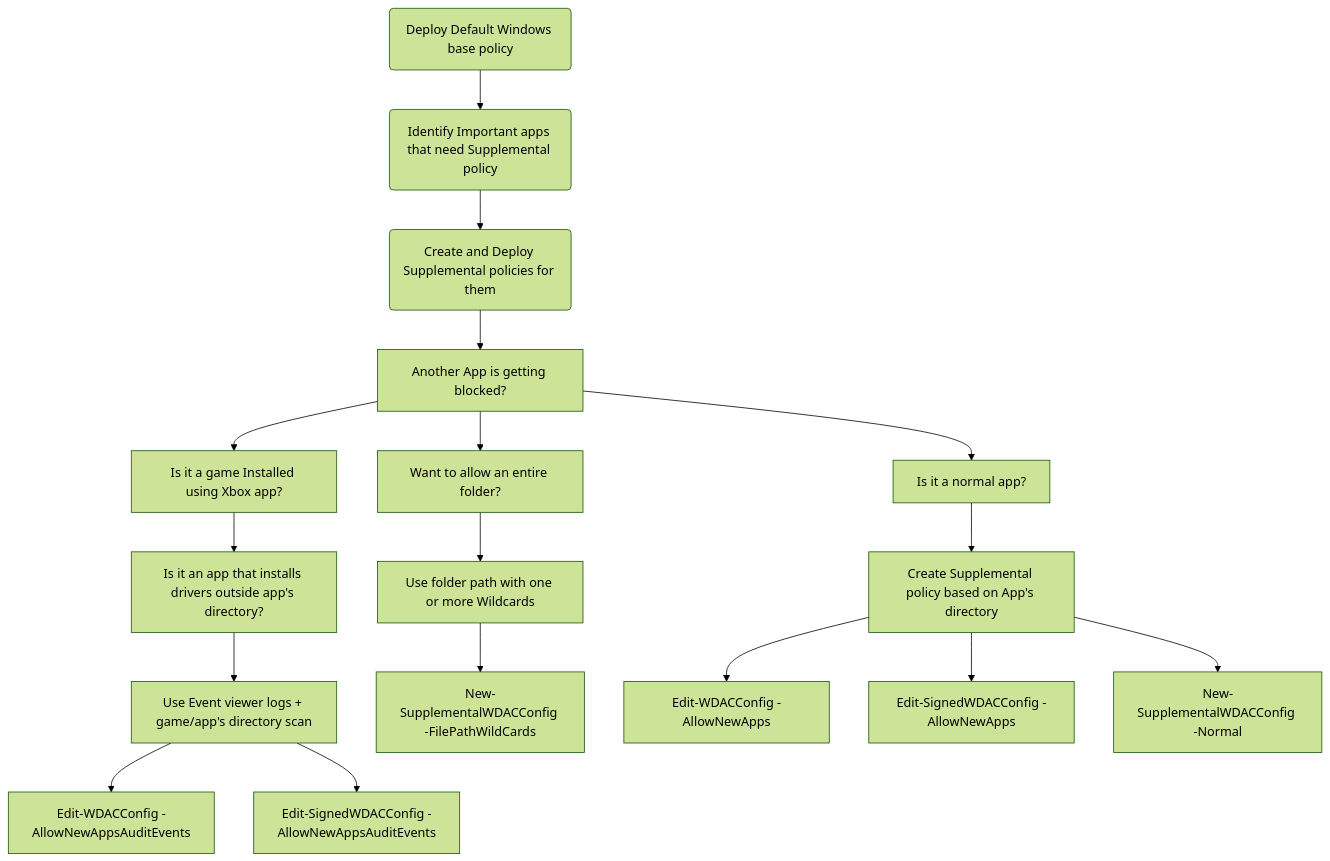
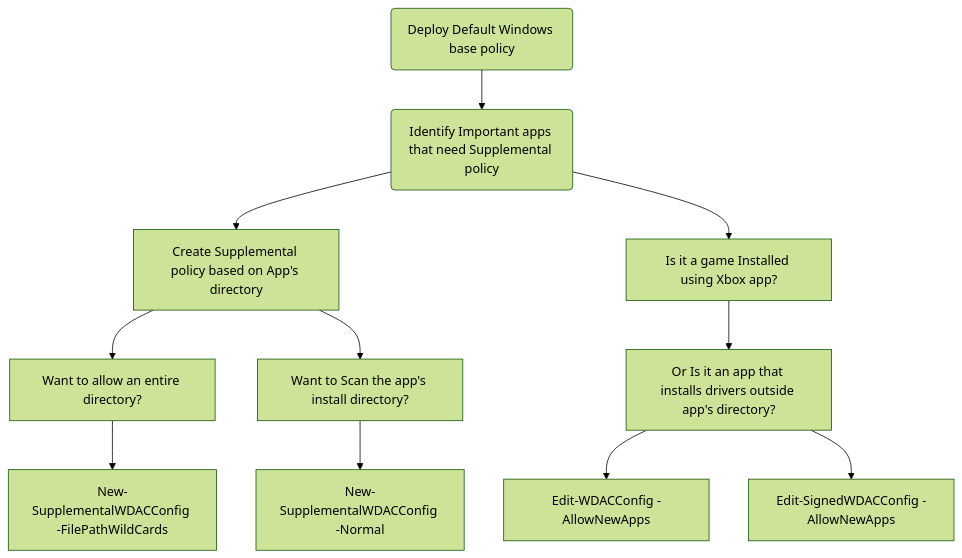
Before and after one commit to HotCakeX/Harden-Windows-Security: the diagram in Wiki posts/Windows Defender Application Control (WDAC)/WDAC for Fully managed device - Variant 2.md, drawn with Mermaid (forest theme). The commit also changed other lines of this file, not shown here.

````diff
--- a/Wiki posts/Windows Defender Application Control (WDAC)/WDAC for Fully managed device - Variant 2.md
+++ b/Wiki posts/Windows Defender Application Control (WDAC)/WDAC for Fully managed device - Variant 2.md
@@ -13,19 +13,13 @@
 ```mermaid
 flowchart TD
     A(Deploy Default Windows base policy) -->B(Identify Important apps that need Supplemental policy)
-    B --> C(Create and Deploy Supplemental policies for them)
-    C --> D[Another App is getting blocked?]
-    D --> E[Is it a normal app?]
-    E --> F[Create Supplemental policy based on App's directory]
-    D --> G[Is it a game Installed using Xbox app?]
-    G --> H[Is it an app that installs drivers outside app's directory?]
-    H --> I[Use Event viewer logs + game/app's directory scan]
-    I --> J[Edit-WDACConfig -AllowNewAppsAuditEvents]
-    I --> K[Edit-SignedWDACConfig -AllowNewAppsAuditEvents]
-    D --> L[Want to allow an entire folder?]
-    L --> M[Use folder path with one or more Wildcards]
-    M --> N[New-SupplementalWDACConfig -FilePathWildCards]
-    F --> O[Edit-WDACConfig -AllowNewApps]
-    F --> P[Edit-SignedWDACConfig -AllowNewApps]
-    F --> Q[New-SupplementalWDACConfig -Normal]
+    B --> C[Create Supplemental policy based on App's directory]
+    C --> D[Want to allow an entire directory?]
+    D --> E[New-SupplementalWDACConfig -FilePathWildCards]
+    C --> F[Want to Scan the app's install directory?]
+    F --> G[New-SupplementalWDACConfig -Normal]
+    B --> H[Is it a game Installed using Xbox app?]
+    H --> I[Or Is it an app that installs drivers outside app's directory?]
+    I --> J[Edit-WDACConfig -AllowNewApps]
+    I --> K[Edit-SignedWDACConfig -AllowNewApps]
 ```
````
